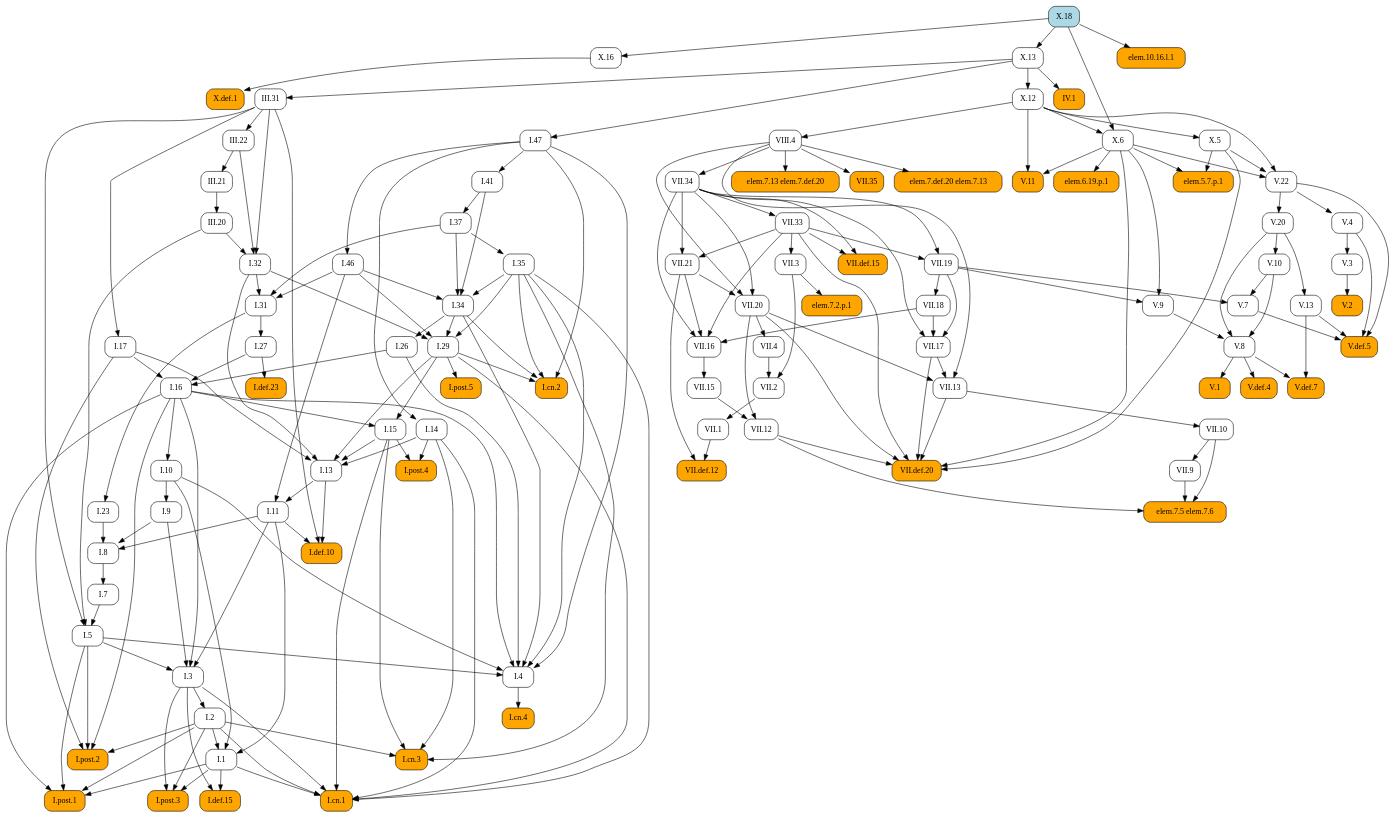
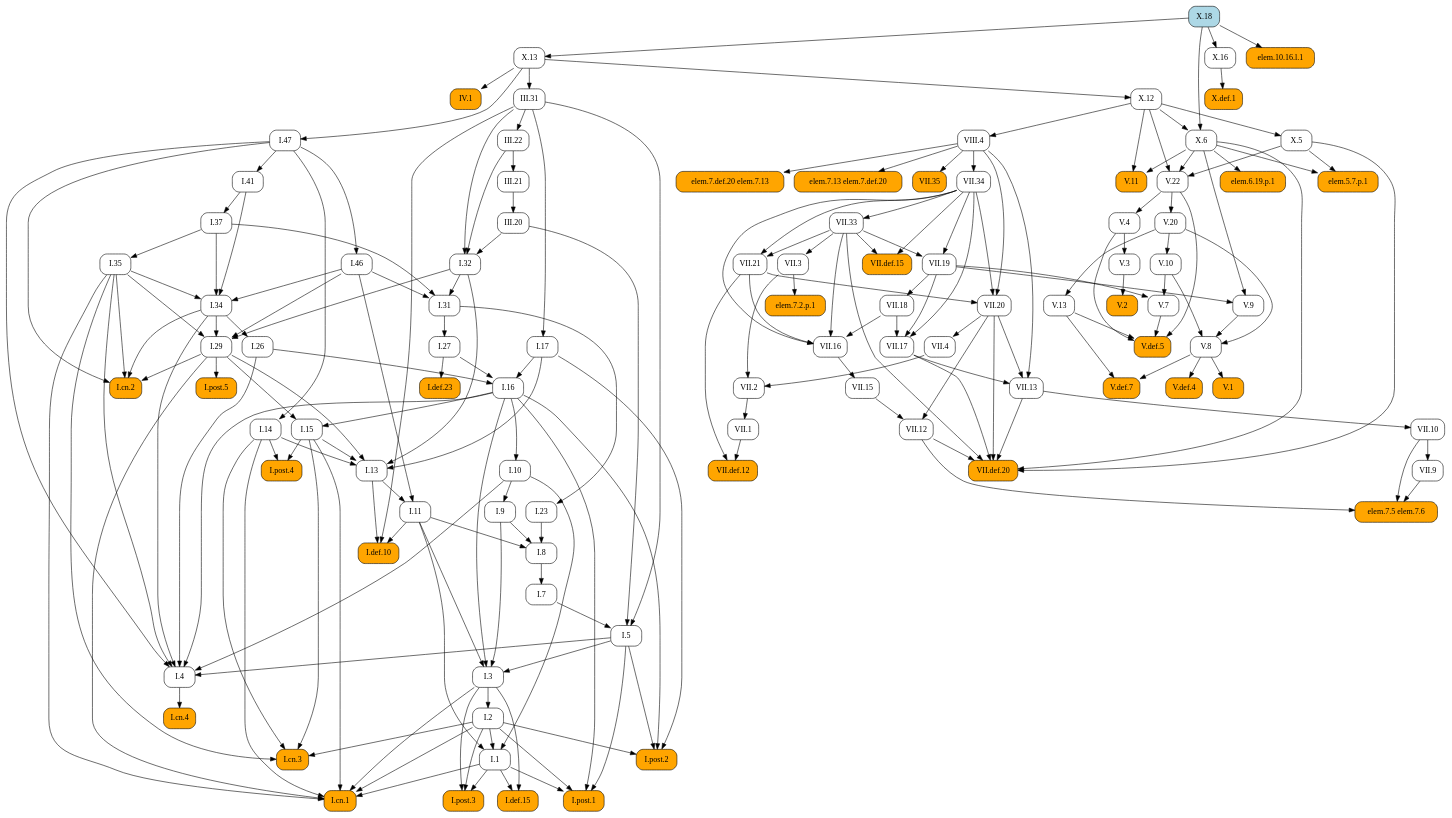
One commit to geometor/elements changed the diagram in docsrc/heath/X/18/index.rst. Above: the diagram before and after it, drawn with Graphviz. The commit also changed other lines of this file and 1029 other files, not shown here.

```diff
--- a/docsrc/heath/X/18/index.rst
+++ b/docsrc/heath/X/18/index.rst
@@ -59,172 +59,249 @@
    digraph {
      rankdir="TB";
      node [shape=box, style=rounded];
+     "I.def.10" [style="rounded,filled", fillcolor=orange, URL="/heath/I/def.10/", target="_top"];
+     "I.11" [URL="/heath/I/11/", target="_top"];
+     "I.post.4" [style="rounded,filled", fillcolor=orange, URL="/heath/I/post.4/", target="_top"];
+     "I.1" [URL="/heath/I/1/", target="_top"];
+     "VII.1" [URL="/heath/VII/1/", target="_top"];
+     "VII.9" [URL="/heath/VII/9/", target="_top"];
+     "V.def.5" [style="rounded,filled", fillcolor=orange, URL="/heath/V/def.5/", target="_top"];
+     "III.20" [URL="/heath/III/20/", target="_top"];
+     "X.def.1" [style="rounded,filled", fillcolor=orange, URL="/heath/X/def.1/", target="_top"];
+     "III.31" [URL="/heath/III/31/", target="_top"];
+     "X.13" [URL="/heath/X/13/", target="_top"];
+     "V.13" [URL="/heath/V/13/", target="_top"];
+     "V.11" [style="rounded,filled", fillcolor=orange, URL="/heath/V/11/", target="_top"];
+     "I.47" [URL="/heath/I/47/", target="_top"];
+     "elem.7.5 elem.7.6" [style="rounded,filled", fillcolor=orange];
+     "I.post.3" [style="rounded,filled", fillcolor=orange, URL="/heath/I/post.3/", target="_top"];
+     "I.cn.3" [style="rounded,filled", fillcolor=orange, URL="/heath/I/cn.3/", target="_top"];
+     "I.14" [URL="/heath/I/14/", target="_top"];
+     "VII.13" [URL="/heath/VII/13/", target="_top"];
+     "VII.2" [URL="/heath/VII/2/", target="_top"];
+     "V.3" [URL="/heath/V/3/", target="_top"];
+     "elem.7.13 elem.7.def.20" [style="rounded,filled", fillcolor=orange];
+     "VII.12" [URL="/heath/VII/12/", target="_top"];
+     "VII.def.12" [style="rounded,filled", fillcolor=orange, URL="/heath/VII/def.12/", target="_top"];
+     "I.41" [URL="/heath/I/41/", target="_top"];
+     "V.8" [URL="/heath/V/8/", target="_top"];
+     "I.27" [URL="/heath/I/27/", target="_top"];
+     "I.37" [URL="/heath/I/37/", target="_top"];
+     "I.34" [URL="/heath/I/34/", target="_top"];
+     "VII.10" [URL="/heath/VII/10/", target="_top"];
+     "elem.7.2.p.1" [style="rounded,filled", fillcolor=orange];
+     "I.2" [URL="/heath/I/2/", target="_top"];
+     "I.def.23" [style="rounded,filled", fillcolor=orange, URL="/heath/I/def.23/", target="_top"];
+     "VII.18" [URL="/heath/VII/18/", target="_top"];
+     "IV.1" [style="rounded,filled", fillcolor=orange, URL="/heath/IV/1/", target="_top"];
+     "I.17" [URL="/heath/I/17/", target="_top"];
+     "I.post.2" [style="rounded,filled", fillcolor=orange, URL="/heath/I/post.2/", target="_top"];
+     "VII.21" [URL="/heath/VII/21/", target="_top"];
+     "VII.20" [URL="/heath/VII/20/", target="_top"];
+     "VII.35" [style="rounded,filled", fillcolor=orange, URL="/heath/VII/35/", target="_top"];
+     "I.9" [URL="/heath/I/9/", target="_top"];
+     "X.16" [URL="/heath/X/16/", target="_top"];
+     "I.32" [URL="/heath/I/32/", target="_top"];
+     "V.def.4" [style="rounded,filled", fillcolor=orange, URL="/heath/V/def.4/", target="_top"];
+     "I.cn.4" [style="rounded,filled", fillcolor=orange, URL="/heath/I/cn.4/", target="_top"];
+     "I.15" [URL="/heath/I/15/", target="_top"];
+     "III.22" [URL="/heath/III/22/", target="_top"];
+     "V.def.7" [style="rounded,filled", fillcolor=orange, URL="/heath/V/def.7/", target="_top"];
+     "VII.def.20" [style="rounded,filled", fillcolor=orange, URL="/heath/VII/def.20/", target="_top"];
+     "I.5" [URL="/heath/I/5/", target="_top"];
+     "elem.7.def.20 elem.7.13" [style="rounded,filled", fillcolor=orange];
+     "I.26" [URL="/heath/I/26/", target="_top"];
+     "I.29" [URL="/heath/I/29/", target="_top"];
+     "V.22" [URL="/heath/V/22/", target="_top"];
+     "I.cn.2" [style="rounded,filled", fillcolor=orange, URL="/heath/I/cn.2/", target="_top"];
+     "X.6" [URL="/heath/X/6/", target="_top"];
+     "V.20" [URL="/heath/V/20/", target="_top"];
+     "V.10" [URL="/heath/V/10/", target="_top"];
+     "VII.17" [URL="/heath/VII/17/", target="_top"];
+     "VII.3" [URL="/heath/VII/3/", target="_top"];
+     "elem.10.16.l.1" [style="rounded,filled", fillcolor=orange];
+     "I.def.15" [style="rounded,filled", fillcolor=orange, URL="/heath/I/def.15/", target="_top"];
+     "X.18" [style="rounded,filled", fillcolor=lightblue, URL="/heath/X/18/", target="_top"];
+     "I.cn.1" [style="rounded,filled", fillcolor=orange, URL="/heath/I/cn.1/", target="_top"];
+     "V.7" [URL="/heath/V/7/", target="_top"];
+     "V.9" [URL="/heath/V/9/", target="_top"];
+     "I.23" [URL="/heath/I/23/", target="_top"];
+     "I.post.1" [style="rounded,filled", fillcolor=orange, URL="/heath/I/post.1/", target="_top"];
+     "X.12" [URL="/heath/X/12/", target="_top"];
+     "elem.6.19.p.1" [style="rounded,filled", fillcolor=orange];
+     "I.35" [URL="/heath/I/35/", target="_top"];
+     "I.10" [URL="/heath/I/10/", target="_top"];
+     "I.46" [URL="/heath/I/46/", target="_top"];
+     "VII.33" [URL="/heath/VII/33/", target="_top"];
+     "I.7" [URL="/heath/I/7/", target="_top"];
+     "I.3" [URL="/heath/I/3/", target="_top"];
+     "VII.def.15" [style="rounded,filled", fillcolor=orange, URL="/heath/VII/def.15/", target="_top"];
+     "I.4" [URL="/heath/I/4/", target="_top"];
+     "VII.19" [URL="/heath/VII/19/", target="_top"];
+     "I.13" [URL="/heath/I/13/", target="_top"];
+     "VII.16" [URL="/heath/VII/16/", target="_top"];
+     "V.4" [URL="/heath/V/4/", target="_top"];
+     "elem.5.7.p.1" [style="rounded,filled", fillcolor=orange];
+     "VII.4" [URL="/heath/VII/4/", target="_top"];
+     "I.31" [URL="/heath/I/31/", target="_top"];
+     "VIII.4" [URL="/heath/VIII/4/", target="_top"];
      "V.1" [style="rounded,filled", fillcolor=orange, URL="/heath/V/1/", target="_top"];
-     "VII.12" [URL="/heath/VII/12/", target="_top"];
-     "III.22" [URL="/heath/III/22/", target="_top"];
-     "I.29" [URL="/heath/I/29/", target="_top"];
-     "I.7" [URL="/heath/I/7/", target="_top"];
-     "I.27" [URL="/heath/I/27/", target="_top"];
-     "I.def.23" [style="rounded,filled", fillcolor=orange, URL="/heath/I/def.23/", target="_top"];
-     "V.20" [URL="/heath/V/20/", target="_top"];
-     "I.34" [URL="/heath/I/34/", target="_top"];
-     "VII.13" [URL="/heath/VII/13/", target="_top"];
-     "I.8" [URL="/heath/I/8/", target="_top"];
-     "VII.16" [URL="/heath/VII/16/", target="_top"];
-     "V.2" [style="rounded,filled", fillcolor=orange, URL="/heath/V/2/", target="_top"];
-     "I.9" [URL="/heath/I/9/", target="_top"];
-     "VII.def.15" [style="rounded,filled", fillcolor=orange, URL="/heath/VII/def.15/", target="_top"];
-     "VII.18" [URL="/heath/VII/18/", target="_top"];
-     "V.22" [URL="/heath/V/22/", target="_top"];
-     "III.20" [URL="/heath/III/20/", target="_top"];
-     "I.post.4" [style="rounded,filled", fillcolor=orange, URL="/heath/I/post.4/", target="_top"];
-     "elem.5.7.p.1" [style="rounded,filled", fillcolor=orange];
-     "I.2" [URL="/heath/I/2/", target="_top"];
-     "V.4" [URL="/heath/V/4/", target="_top"];
-     "VII.15" [URL="/heath/VII/15/", target="_top"];
-     "VII.def.12" [style="rounded,filled", fillcolor=orange, URL="/heath/VII/def.12/", target="_top"];
-     "X.def.1" [style="rounded,filled", fillcolor=orange, URL="/heath/X/def.1/", target="_top"];
-     "VII.2" [URL="/heath/VII/2/", target="_top"];
-     "I.cn.4" [style="rounded,filled", fillcolor=orange, URL="/heath/I/cn.4/", target="_top"];
-     "elem.7.5 elem.7.6" [style="rounded,filled", fillcolor=orange];
-     "VII.3" [URL="/heath/VII/3/", target="_top"];
-     "VII.10" [URL="/heath/VII/10/", target="_top"];
-     "III.31" [URL="/heath/III/31/", target="_top"];
-     "I.23" [URL="/heath/I/23/", target="_top"];
-     "I.13" [URL="/heath/I/13/", target="_top"];
-     "VII.20" [URL="/heath/VII/20/", target="_top"];
-     "I.5" [URL="/heath/I/5/", target="_top"];
-     "III.21" [URL="/heath/III/21/", target="_top"];
-     "I.11" [URL="/heath/I/11/", target="_top"];
-     "X.6" [URL="/heath/X/6/", target="_top"];
-     "I.4" [URL="/heath/I/4/", target="_top"];
-     "VII.9" [URL="/heath/VII/9/", target="_top"];
-     "I.def.10" [style="rounded,filled", fillcolor=orange, URL="/heath/I/def.10/", target="_top"];
-     "I.46" [URL="/heath/I/46/", target="_top"];
-     "X.16" [URL="/heath/X/16/", target="_top"];
-     "X.18" [style="rounded,filled", fillcolor=lightblue, URL="/heath/X/18/", target="_top"];
-     "VII.19" [URL="/heath/VII/19/", target="_top"];
-     "VII.4" [URL="/heath/VII/4/", target="_top"];
-     "elem.7.2.p.1" [style="rounded,filled", fillcolor=orange];
-     "I.post.3" [style="rounded,filled", fillcolor=orange, URL="/heath/I/post.3/", target="_top"];
-     "V.9" [URL="/heath/V/9/", target="_top"];
-     "V.3" [URL="/heath/V/3/", target="_top"];
-     "elem.10.16.l.1" [style="rounded,filled", fillcolor=orange];
-     "I.15" [URL="/heath/I/15/", target="_top"];
-     "VII.1" [URL="/heath/VII/1/", target="_top"];
-     "I.17" [URL="/heath/I/17/", target="_top"];
-     "elem.7.13 elem.7.def.20" [style="rounded,filled", fillcolor=orange];
-     "I.32" [URL="/heath/I/32/", target="_top"];
-     "V.def.5" [style="rounded,filled", fillcolor=orange, URL="/heath/V/def.5/", target="_top"];
-     "I.41" [URL="/heath/I/41/", target="_top"];
-     "I.cn.3" [style="rounded,filled", fillcolor=orange, URL="/heath/I/cn.3/", target="_top"];
-     "X.13" [URL="/heath/X/13/", target="_top"];
-     "VII.35" [style="rounded,filled", fillcolor=orange, URL="/heath/VII/35/", target="_top"];
-     "VIII.4" [URL="/heath/VIII/4/", target="_top"];
-     "elem.7.def.20 elem.7.13" [style="rounded,filled", fillcolor=orange];
-     "V.def.4" [style="rounded,filled", fillcolor=orange, URL="/heath/V/def.4/", target="_top"];
-     "V.8" [URL="/heath/V/8/", target="_top"];
-     "VII.21" [URL="/heath/VII/21/", target="_top"];
-     "V.7" [URL="/heath/V/7/", target="_top"];
-     "I.def.15" [style="rounded,filled", fillcolor=orange, URL="/heath/I/def.15/", target="_top"];
-     "I.1" [URL="/heath/I/1/", target="_top"];
-     "I.post.1" [style="rounded,filled", fillcolor=orange, URL="/heath/I/post.1/", target="_top"];
-     "V.13" [URL="/heath/V/13/", target="_top"];
+     "I.16" [URL="/heath/I/16/", target="_top"];
      "X.5" [URL="/heath/X/5/", target="_top"];
      "VII.34" [URL="/heath/VII/34/", target="_top"];
-     "VII.def.20" [style="rounded,filled", fillcolor=orange, URL="/heath/VII/def.20/", target="_top"];
-     "elem.6.19.p.1" [style="rounded,filled", fillcolor=orange];
-     "I.26" [URL="/heath/I/26/", target="_top"];
-     "V.def.7" [style="rounded,filled", fillcolor=orange, URL="/heath/V/def.7/", target="_top"];
-     "I.cn.2" [style="rounded,filled", fillcolor=orange, URL="/heath/I/cn.2/", target="_top"];
-     "V.10" [URL="/heath/V/10/", target="_top"];
-     "I.10" [URL="/heath/I/10/", target="_top"];
-     "I.3" [URL="/heath/I/3/", target="_top"];
-     "I.16" [URL="/heath/I/16/", target="_top"];
-     "I.31" [URL="/heath/I/31/", target="_top"];
-     "V.11" [style="rounded,filled", fillcolor=orange, URL="/heath/V/11/", target="_top"];
-     "X.12" [URL="/heath/X/12/", target="_top"];
-     "I.post.2" [style="rounded,filled", fillcolor=orange, URL="/heath/I/post.2/", target="_top"];
-     "IV.1" [style="rounded,filled", fillcolor=orange, URL="/heath/IV/1/", target="_top"];
+     "I.8" [URL="/heath/I/8/", target="_top"];
+     "V.2" [style="rounded,filled", fillcolor=orange, URL="/heath/V/2/", target="_top"];
+     "III.21" [URL="/heath/III/21/", target="_top"];
      "I.post.5" [style="rounded,filled", fillcolor=orange, URL="/heath/I/post.5/", target="_top"];
-     "I.14" [URL="/heath/I/14/", target="_top"];
-     "I.35" [URL="/heath/I/35/", target="_top"];
-     "I.47" [URL="/heath/I/47/", target="_top"];
-     "I.cn.1" [style="rounded,filled", fillcolor=orange, URL="/heath/I/cn.1/", target="_top"];
-     "VII.33" [URL="/heath/VII/33/", target="_top"];
-     "I.37" [URL="/heath/I/37/", target="_top"];
-     "VII.17" [URL="/heath/VII/17/", target="_top"];
-     "V.8" -> "V.1";
+     "VII.15" [URL="/heath/VII/15/", target="_top"];
+     "I.11" -> "I.def.10";
+     "I.13" -> "I.def.10";
+     "III.31" -> "I.def.10";
+     "I.13" -> "I.11";
+     "I.46" -> "I.11";
+     "I.14" -> "I.post.4";
+     "I.15" -> "I.post.4";
+     "I.2" -> "I.1";
+     "I.10" -> "I.1";
+     "I.11" -> "I.1";
+     "VII.2" -> "VII.1";
+     "VII.10" -> "VII.9";
+     "V.4" -> "V.def.5";
+     "V.7" -> "V.def.5";
+     "V.13" -> "V.def.5";
+     "V.22" -> "V.def.5";
+     "III.21" -> "III.20";
+     "X.16" -> "X.def.1";
+     "X.13" -> "III.31";
+     "X.18" -> "X.13";
+     "V.20" -> "V.13";
+     "X.6" -> "V.11";
+     "X.12" -> "V.11";
+     "X.13" -> "I.47";
+     "VII.9" -> "elem.7.5 elem.7.6";
+     "VII.10" -> "elem.7.5 elem.7.6";
+     "VII.12" -> "elem.7.5 elem.7.6";
+     "I.1" -> "I.post.3";
+     "I.2" -> "I.post.3";
+     "I.3" -> "I.post.3";
+     "I.2" -> "I.cn.3";
+     "I.14" -> "I.cn.3";
+     "I.15" -> "I.cn.3";
+     "I.35" -> "I.cn.3";
+     "I.47" -> "I.14";
+     "VII.17" -> "VII.13";
+     "VII.20" -> "VII.13";
+     "VIII.4" -> "VII.13";
+     "VII.3" -> "VII.2";
+     "VII.4" -> "VII.2";
+     "V.4" -> "V.3";
+     "VIII.4" -> "elem.7.13 elem.7.def.20";
      "VII.15" -> "VII.12";
      "VII.20" -> "VII.12";
+     "VII.1" -> "VII.def.12";
+     "VII.21" -> "VII.def.12";
+     "I.47" -> "I.41";
+     "V.9" -> "V.8";
+     "V.10" -> "V.8";
+     "V.20" -> "V.8";
+     "I.31" -> "I.27";
+     "I.41" -> "I.37";
+     "I.35" -> "I.34";
+     "I.37" -> "I.34";
+     "I.41" -> "I.34";
+     "I.46" -> "I.34";
+     "VII.13" -> "VII.10";
+     "VII.3" -> "elem.7.2.p.1";
+     "I.3" -> "I.2";
+     "I.27" -> "I.def.23";
+     "VII.19" -> "VII.18";
+     "X.13" -> "IV.1";
+     "III.31" -> "I.17";
+     "I.2" -> "I.post.2";
+     "I.5" -> "I.post.2";
+     "I.16" -> "I.post.2";
+     "I.17" -> "I.post.2";
+     "VII.33" -> "VII.21";
+     "VII.34" -> "VII.21";
+     "VII.21" -> "VII.20";
+     "VII.34" -> "VII.20";
+     "VIII.4" -> "VII.20";
+     "VIII.4" -> "VII.35";
+     "I.10" -> "I.9";
+     "X.18" -> "X.16";
+     "III.20" -> "I.32";
+     "III.22" -> "I.32";
+     "III.31" -> "I.32";
+     "V.8" -> "V.def.4";
+     "I.4" -> "I.cn.4";
+     "I.16" -> "I.15";
+     "I.29" -> "I.15";
      "III.31" -> "III.22";
+     "V.8" -> "V.def.7";
+     "V.13" -> "V.def.7";
+     "VII.12" -> "VII.def.20";
+     "VII.13" -> "VII.def.20";
+     "VII.17" -> "VII.def.20";
+     "VII.20" -> "VII.def.20";
+     "VII.33" -> "VII.def.20";
+     "X.5" -> "VII.def.20";
+     "X.6" -> "VII.def.20";
+     "I.7" -> "I.5";
+     "III.20" -> "I.5";
+     "III.31" -> "I.5";
+     "VIII.4" -> "elem.7.def.20 elem.7.13";
+     "I.34" -> "I.26";
      "I.32" -> "I.29";
      "I.34" -> "I.29";
      "I.35" -> "I.29";
      "I.46" -> "I.29";
-     "I.8" -> "I.7";
-     "I.31" -> "I.27";
-     "I.27" -> "I.def.23";
-     "V.22" -> "V.20";
-     "I.35" -> "I.34";
-     "I.37" -> "I.34";
-     "I.41" -> "I.34";
-     "I.46" -> "I.34";
-     "VII.17" -> "VII.13";
-     "VII.20" -> "VII.13";
-     "VIII.4" -> "VII.13";
-     "I.9" -> "I.8";
-     "I.11" -> "I.8";
-     "I.23" -> "I.8";
-     "VII.18" -> "VII.16";
-     "VII.21" -> "VII.16";
-     "VII.33" -> "VII.16";
-     "VII.34" -> "VII.16";
-     "V.3" -> "V.2";
-     "I.10" -> "I.9";
-     "VII.33" -> "VII.def.15";
-     "VII.34" -> "VII.def.15";
-     "VII.19" -> "VII.18";
      "X.5" -> "V.22";
      "X.6" -> "V.22";
      "X.12" -> "V.22";
-     "III.21" -> "III.20";
-     "I.14" -> "I.post.4";
-     "I.15" -> "I.post.4";
-     "X.5" -> "elem.5.7.p.1";
-     "X.6" -> "elem.5.7.p.1";
-     "I.3" -> "I.2";
-     "V.22" -> "V.4";
-     "VII.16" -> "VII.15";
-     "VII.1" -> "VII.def.12";
-     "VII.21" -> "VII.def.12";
-     "X.16" -> "X.def.1";
-     "VII.3" -> "VII.2";
-     "VII.4" -> "VII.2";
-     "I.4" -> "I.cn.4";
-     "VII.9" -> "elem.7.5 elem.7.6";
-     "VII.10" -> "elem.7.5 elem.7.6";
-     "VII.12" -> "elem.7.5 elem.7.6";
-     "VII.33" -> "VII.3";
-     "VII.13" -> "VII.10";
-     "X.13" -> "III.31";
-     "I.31" -> "I.23";
-     "I.14" -> "I.13";
-     "I.15" -> "I.13";
-     "I.17" -> "I.13";
-     "I.29" -> "I.13";
-     "I.32" -> "I.13";
-     "VII.21" -> "VII.20";
-     "VII.34" -> "VII.20";
-     "VIII.4" -> "VII.20";
-     "I.7" -> "I.5";
-     "III.20" -> "I.5";
-     "III.31" -> "I.5";
-     "III.22" -> "III.21";
-     "I.13" -> "I.11";
-     "I.46" -> "I.11";
+     "I.29" -> "I.cn.2";
+     "I.34" -> "I.cn.2";
+     "I.35" -> "I.cn.2";
+     "I.47" -> "I.cn.2";
      "X.12" -> "X.6";
      "X.18" -> "X.6";
+     "V.22" -> "V.20";
+     "V.20" -> "V.10";
+     "VII.18" -> "VII.17";
+     "VII.19" -> "VII.17";
+     "VII.34" -> "VII.17";
+     "VII.33" -> "VII.3";
+     "X.18" -> "elem.10.16.l.1";
+     "I.1" -> "I.def.15";
+     "I.3" -> "I.def.15";
+     "I.1" -> "I.cn.1";
+     "I.2" -> "I.cn.1";
+     "I.3" -> "I.cn.1";
+     "I.14" -> "I.cn.1";
+     "I.15" -> "I.cn.1";
+     "I.29" -> "I.cn.1";
+     "I.35" -> "I.cn.1";
+     "V.10" -> "V.7";
+     "VII.19" -> "V.7";
+     "VII.19" -> "V.9";
+     "X.6" -> "V.9";
+     "I.31" -> "I.23";
+     "I.1" -> "I.post.1";
+     "I.2" -> "I.post.1";
+     "I.5" -> "I.post.1";
+     "I.16" -> "I.post.1";
+     "X.13" -> "X.12";
+     "X.6" -> "elem.6.19.p.1";
+     "I.37" -> "I.35";
+     "I.16" -> "I.10";
+     "I.47" -> "I.46";
+     "VII.34" -> "VII.33";
+     "I.8" -> "I.7";
+     "I.5" -> "I.3";
+     "I.9" -> "I.3";
+     "I.11" -> "I.3";
+     "I.16" -> "I.3";
+     "VII.33" -> "VII.def.15";
+     "VII.34" -> "VII.def.15";
      "I.5" -> "I.4";
      "I.10" -> "I.4";
      "I.16" -> "I.4";
@@ -232,113 +309,36 @@
      "I.34" -> "I.4";
      "I.35" -> "I.4";
      "I.47" -> "I.4";
-     "VII.10" -> "VII.9";
-     "I.11" -> "I.def.10";
-     "I.13" -> "I.def.10";
-     "III.31" -> "I.def.10";
-     "I.47" -> "I.46";
-     "X.18" -> "X.16";
      "VII.33" -> "VII.19";
      "VII.34" -> "VII.19";
+     "I.14" -> "I.13";
+     "I.15" -> "I.13";
+     "I.17" -> "I.13";
+     "I.29" -> "I.13";
+     "I.32" -> "I.13";
+     "VII.18" -> "VII.16";
+     "VII.21" -> "VII.16";
+     "VII.33" -> "VII.16";
+     "VII.34" -> "VII.16";
+     "V.22" -> "V.4";
+     "X.5" -> "elem.5.7.p.1";
+     "X.6" -> "elem.5.7.p.1";
      "VII.20" -> "VII.4";
-     "VII.3" -> "elem.7.2.p.1";
-     "I.1" -> "I.post.3";
-     "I.2" -> "I.post.3";
-     "I.3" -> "I.post.3";
-     "VII.19" -> "V.9";
-     "X.6" -> "V.9";
-     "V.4" -> "V.3";
-     "X.18" -> "elem.10.16.l.1";
-     "I.16" -> "I.15";
-     "I.29" -> "I.15";
-     "VII.2" -> "VII.1";
-     "III.31" -> "I.17";
-     "VIII.4" -> "elem.7.13 elem.7.def.20";
-     "III.20" -> "I.32";
-     "III.22" -> "I.32";
-     "III.31" -> "I.32";
-     "V.4" -> "V.def.5";
-     "V.7" -> "V.def.5";
-     "V.13" -> "V.def.5";
-     "V.22" -> "V.def.5";
-     "I.47" -> "I.41";
-     "I.2" -> "I.cn.3";
-     "I.14" -> "I.cn.3";
-     "I.15" -> "I.cn.3";
-     "I.35" -> "I.cn.3";
-     "X.18" -> "X.13";
-     "VIII.4" -> "VII.35";
+     "I.32" -> "I.31";
+     "I.37" -> "I.31";
+     "I.46" -> "I.31";
      "X.12" -> "VIII.4";
-     "VIII.4" -> "elem.7.def.20 elem.7.13";
-     "V.8" -> "V.def.4";
-     "V.9" -> "V.8";
-     "V.10" -> "V.8";
-     "V.20" -> "V.8";
-     "VII.33" -> "VII.21";
-     "VII.34" -> "VII.21";
-     "V.10" -> "V.7";
-     "VII.19" -> "V.7";
-     "I.1" -> "I.def.15";
-     "I.3" -> "I.def.15";
-     "I.2" -> "I.1";
-     "I.10" -> "I.1";
-     "I.11" -> "I.1";
-     "I.1" -> "I.post.1";
-     "I.2" -> "I.post.1";
-     "I.5" -> "I.post.1";
-     "I.16" -> "I.post.1";
-     "V.20" -> "V.13";
-     "X.12" -> "X.5";
-     "VIII.4" -> "VII.34";
-     "VII.12" -> "VII.def.20";
-     "VII.13" -> "VII.def.20";
-     "VII.17" -> "VII.def.20";
-     "VII.20" -> "VII.def.20";
-     "VII.33" -> "VII.def.20";
-     "X.5" -> "VII.def.20";
-     "X.6" -> "VII.def.20";
-     "X.6" -> "elem.6.19.p.1";
-     "I.34" -> "I.26";
-     "V.8" -> "V.def.7";
-     "V.13" -> "V.def.7";
-     "I.29" -> "I.cn.2";
-     "I.34" -> "I.cn.2";
-     "I.35" -> "I.cn.2";
-     "I.47" -> "I.cn.2";
-     "V.20" -> "V.10";
-     "I.16" -> "I.10";
-     "I.5" -> "I.3";
-     "I.9" -> "I.3";
-     "I.11" -> "I.3";
-     "I.16" -> "I.3";
+     "V.8" -> "V.1";
      "I.17" -> "I.16";
      "I.26" -> "I.16";
      "I.27" -> "I.16";
-     "I.32" -> "I.31";
-     "I.37" -> "I.31";
-     "I.46" -> "I.31";
-     "X.6" -> "V.11";
-     "X.12" -> "V.11";
-     "X.13" -> "X.12";
-     "I.2" -> "I.post.2";
-     "I.5" -> "I.post.2";
-     "I.16" -> "I.post.2";
-     "I.17" -> "I.post.2";
-     "X.13" -> "IV.1";
+     "X.12" -> "X.5";
+     "VIII.4" -> "VII.34";
+     "I.9" -> "I.8";
+     "I.11" -> "I.8";
+     "I.23" -> "I.8";
+     "V.3" -> "V.2";
+     "III.22" -> "III.21";
      "I.29" -> "I.post.5";
-     "I.47" -> "I.14";
-     "I.37" -> "I.35";
-     "X.13" -> "I.47";
-     "I.1" -> "I.cn.1";
-     "I.2" -> "I.cn.1";
-     "I.3" -> "I.cn.1";
-     "I.14" -> "I.cn.1";
-     "I.15" -> "I.cn.1";
-     "I.29" -> "I.cn.1";
-     "I.35" -> "I.cn.1";
-     "VII.34" -> "VII.33";
-     "I.41" -> "I.37";
-     "VII.18" -> "VII.17";
-     "VII.19" -> "VII.17";
-     "VII.34" -> "VII.17";
+     "VII.16" -> "VII.15";
    }
```
